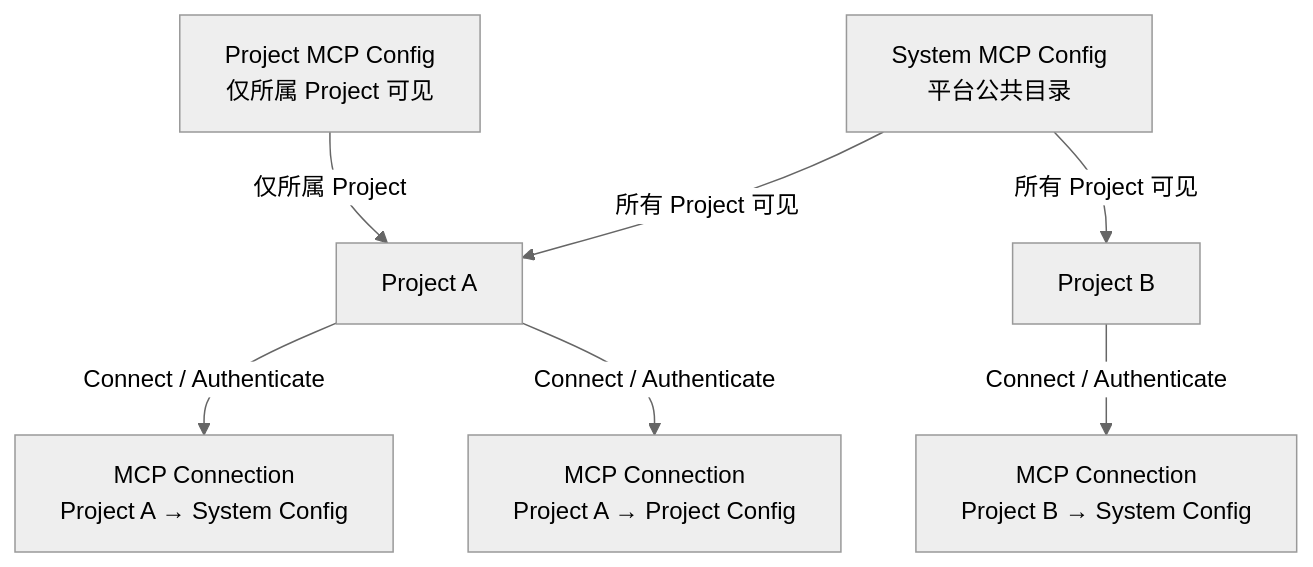
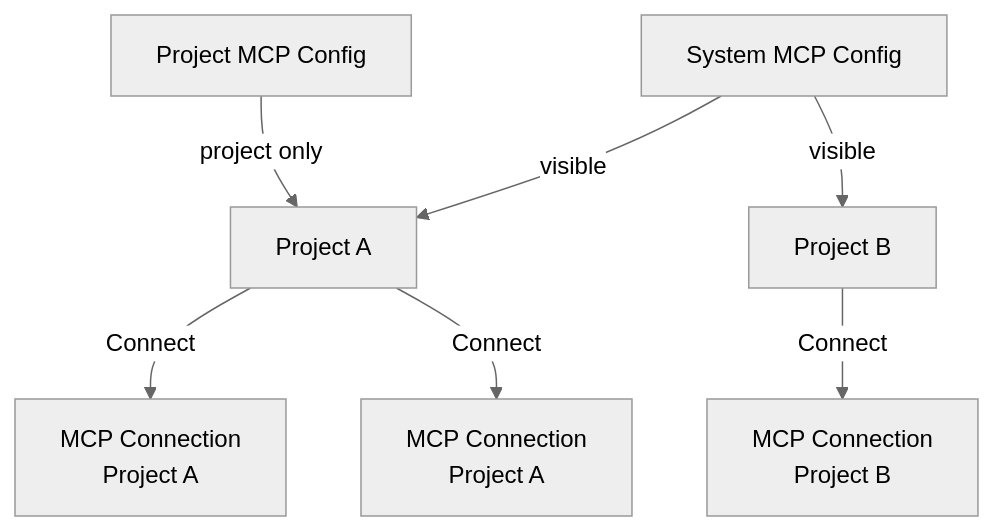
One commit to LunaDeerTech/agenteam changed the second of 4 diagrams in docs/architecture/mcp-integration.md. Above: the diagram before and after it, drawn with Mermaid (neutral theme). The commit also changed other lines of this file and 13 other files, not shown here.

Commit message:
docs: refine MCP integration and artifact architecture

```diff
--- a/docs/architecture/mcp-integration.md
+++ b/docs/architecture/mcp-integration.md
@@ -62,20 +62,20 @@
 ~~~mermaid
 flowchart TB
-    SystemConfig["System MCP Config<br/>平台公共目录"]
-    ProjectConfig["Project MCP Config<br/>仅所属 Project 可见"]
+    SystemConfig["System MCP Config"]
+    ProjectConfig["Project MCP Config"]
 
     ProjectA["Project A"]
     ProjectB["Project B"]
 
-    ASystemConnection["MCP Connection<br/>Project A → System Config"]
-    BSystemConnection["MCP Connection<br/>Project B → System Config"]
-    AProjectConnection["MCP Connection<br/>Project A → Project Config"]
+    ASystem["MCP Connection<br/>Project A"]
+    BSystem["MCP Connection<br/>Project B"]
+    AProject["MCP Connection<br/>Project A"]
 
-    SystemConfig -->|"所有 Project 可见"| ProjectA
-    SystemConfig -->|"所有 Project 可见"| ProjectB
-    ProjectConfig -->|"仅所属 Project"| ProjectA
+    SystemConfig -->|"visible"| ProjectA
+    SystemConfig -->|"visible"| ProjectB
+    ProjectConfig -->|"project only"| ProjectA
 
-    ProjectA -->|"Connect / Authenticate"| ASystemConnection
-    ProjectB -->|"Connect / Authenticate"| BSystemConnection
-    ProjectA -->|"Connect / Authenticate"| AProjectConnection
+    ProjectA -->|"Connect"| ASystem
+    ProjectB -->|"Connect"| BSystem
+    ProjectA -->|"Connect"| AProject
 ~~~
```
